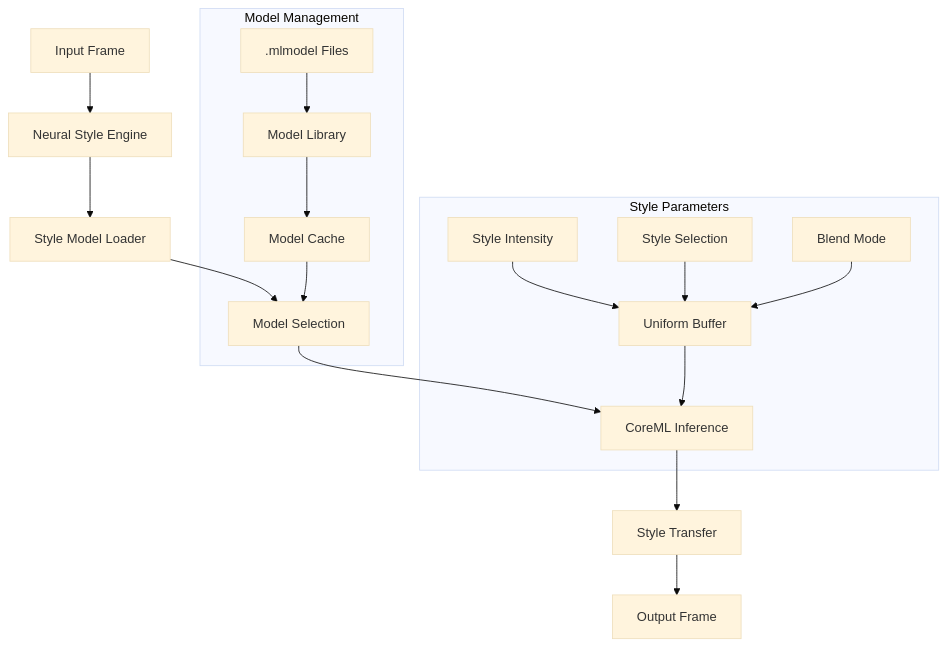
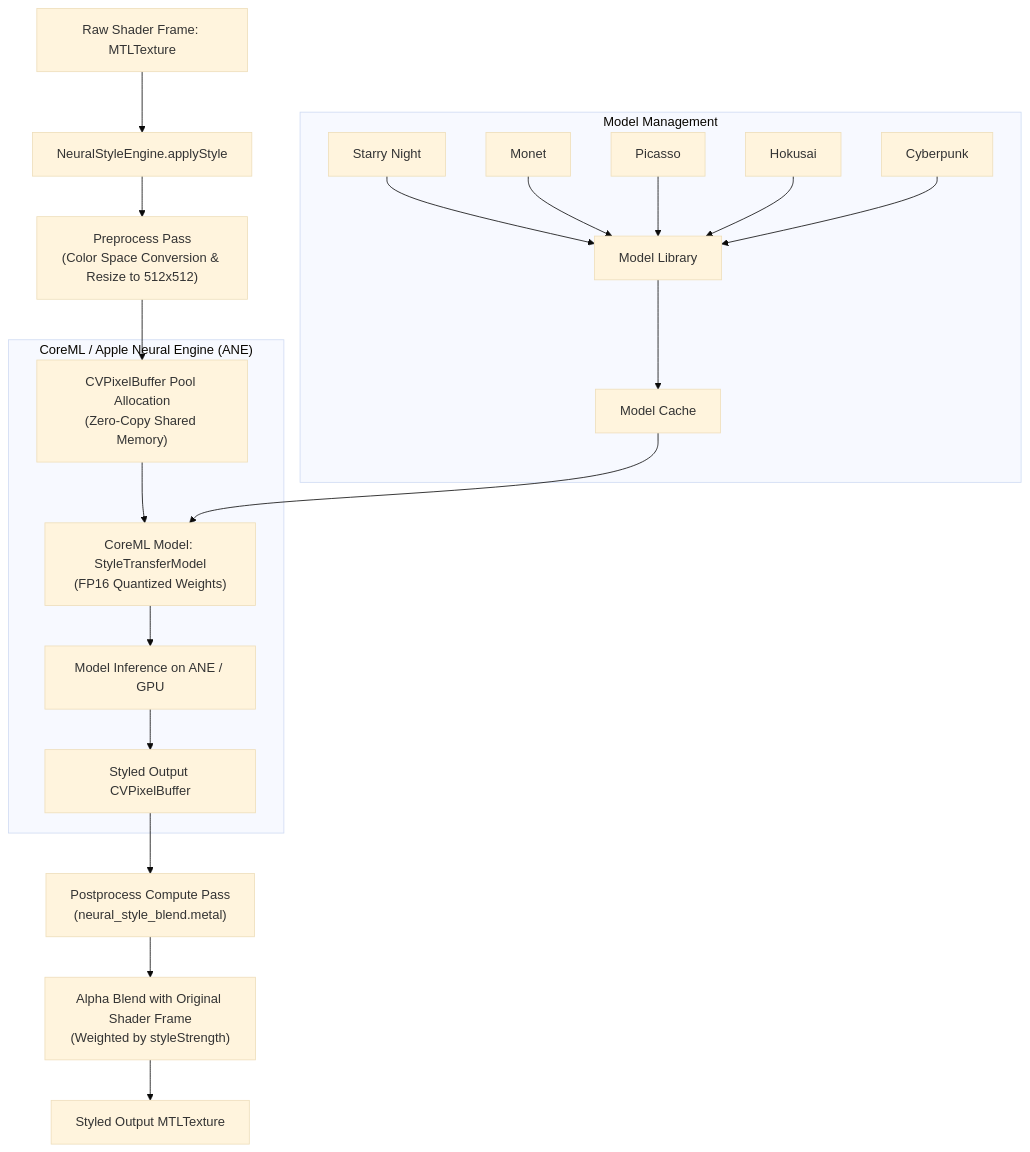
The seventh of 11 diagrams in docs/ArchitectureDiagrams.md (23skdu/ShaderCandy), drawn with Mermaid (base theme) before and after one commit. The commit also changed other lines of this file and 32 other files, not shown here.

````diff
--- a/docs/ArchitectureDiagrams.md
+++ b/docs/ArchitectureDiagrams.md
@@ -101,22 +192,22 @@
 ```mermaid
 flowchart TD
-    A[Input Frame] --> B[Neural Style Engine]
-    B --> C[Style Model Loader]
-    C --> D[Model Selection]
-    D --> E[CoreML Inference]
-    E --> F[Style Transfer]
-    F --> G[Output Frame]
+    A[Raw Shader Frame: MTLTexture] --> B[NeuralStyleEngine.applyStyle]
+    B --> C["Preprocess Pass\n(Color Space Conversion & Resize to 512x512)"]
+    C --> D["CVPixelBuffer Pool Allocation\n(Zero-Copy Shared Memory)"]
+
+    subgraph "CoreML / Apple Neural Engine (ANE)"
+        D --> ML["CoreML Model: StyleTransferModel\n(FP16 Quantized Weights)"]
+        ML --> Inf["Model Inference on ANE / GPU"]
+        Inf --> OutPB["Styled Output CVPixelBuffer"]
+    end
+
+    OutPB --> E["Postprocess Compute Pass\n(neural_style_blend.metal)"]
+    E --> F["Alpha Blend with Original Shader Frame\n(Weighted by styleStrength)"]
+    F --> G[Styled Output MTLTexture]
 
     subgraph "Model Management"
-        H[".mlmodel Files"] --> I[Model Library]
-        I --> J[Model Cache]
-        J --> D
-    end
-
-    subgraph "Style Parameters"
-        K[Style Intensity] --> L[Uniform Buffer]
-        M[Style Selection] --> L
-        N[Blend Mode] --> L
-        L --> E
+        M1[Starry Night] & M2[Monet] & M3[Picasso] & M4[Hokusai] & M5[Cyberpunk] --> Lib[Model Library]
+        Lib --> Cache[Model Cache]
+        Cache --> ML
     end
 ```
````
